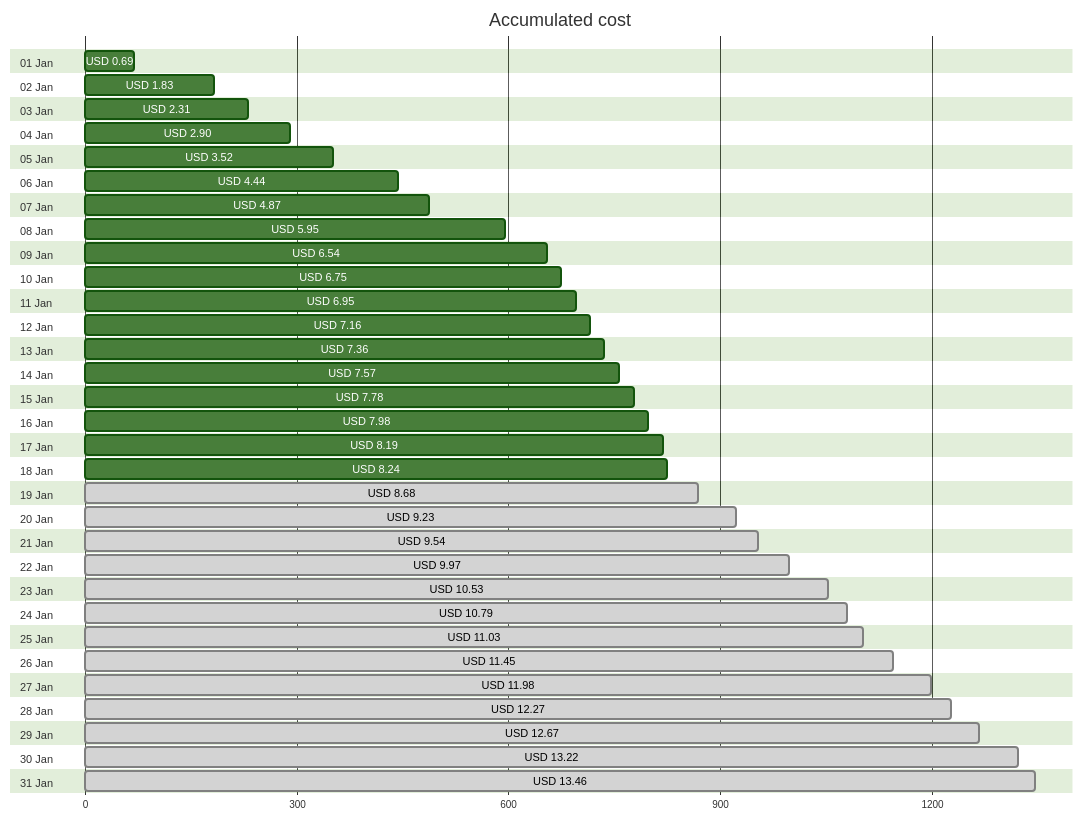
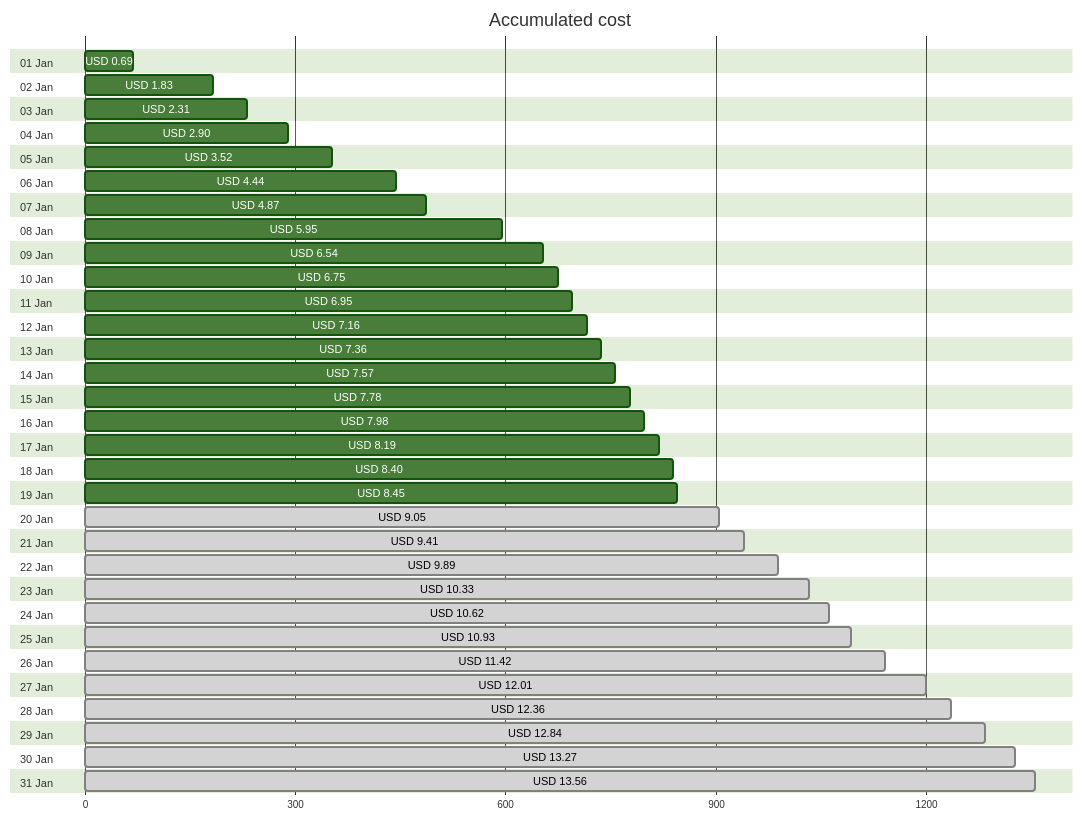
One commit to jpfulton/azure-personal-reports changed the first of 4 diagrams in cost-reports/personal-network/vpn-server.md. Above: the diagram before and after it, drawn with Mermaid (forest theme). The commit also changed other lines of this file and 8 other files, not shown here.

````diff
--- a/cost-reports/personal-network/vpn-server.md
+++ b/cost-reports/personal-network/vpn-server.md
@@ -20,68 +20,68 @@
 ```mermaid
 gantt
    title Accumulated cost
    dateFormat  X
    axisFormat %s
    section 01 Jan
    USD 0.69 :0, 69
    section 02 Jan
    USD 1.83 :0, 183
    section 03 Jan
    USD 2.31 :0, 231
    section 04 Jan
    USD 2.90 :0, 290
    section 05 Jan
    USD 3.52 :0, 352
    section 06 Jan
    USD 4.44 :0, 444
    section 07 Jan
    USD 4.87 :0, 487
    section 08 Jan
    USD 5.95 :0, 595
    section 09 Jan
    USD 6.54 :0, 654
    section 10 Jan
    USD 6.75 :0, 675
    section 11 Jan
    USD 6.95 :0, 695
    section 12 Jan
    USD 7.16 :0, 716
    section 13 Jan
    USD 7.36 :0, 736
    section 14 Jan
    USD 7.57 :0, 757
    section 15 Jan
    USD 7.78 :0, 778
    section 16 Jan
    USD 7.98 :0, 798
    section 17 Jan
    USD 8.19 :0, 819
    section 18 Jan
-   USD 8.24 :0, 824
+   USD 8.40 :0, 840
    section 19 Jan
-   USD 8.68 : done, 0, 868
+   USD 8.45 :0, 845
    section 20 Jan
-   USD 9.23 : done, 0, 923
+   USD 9.05 : done, 0, 905
    section 21 Jan
-   USD 9.54 : done, 0, 954
+   USD 9.41 : done, 0, 941
    section 22 Jan
-   USD 9.97 : done, 0, 997
+   USD 9.89 : done, 0, 989
    section 23 Jan
-   USD 10.53 : done, 0, 1053
+   USD 10.33 : done, 0, 1033
    section 24 Jan
-   USD 10.79 : done, 0, 1079
+   USD 10.62 : done, 0, 1062
    section 25 Jan
-   USD 11.03 : done, 0, 1103
+   USD 10.93 : done, 0, 1093
    section 26 Jan
-   USD 11.45 : done, 0, 1145
+   USD 11.42 : done, 0, 1142
    section 27 Jan
-   USD 11.98 : done, 0, 1198
+   USD 12.01 : done, 0, 1201
    section 28 Jan
-   USD 12.27 : done, 0, 1227
+   USD 12.36 : done, 0, 1236
    section 29 Jan
-   USD 12.67 : done, 0, 1267
+   USD 12.84 : done, 0, 1284
    section 30 Jan
-   USD 13.22 : done, 0, 1322
+   USD 13.27 : done, 0, 1327
    section 31 Jan
-   USD 13.46 : done, 0, 1346
+   USD 13.56 : done, 0, 1356
 ```
````
